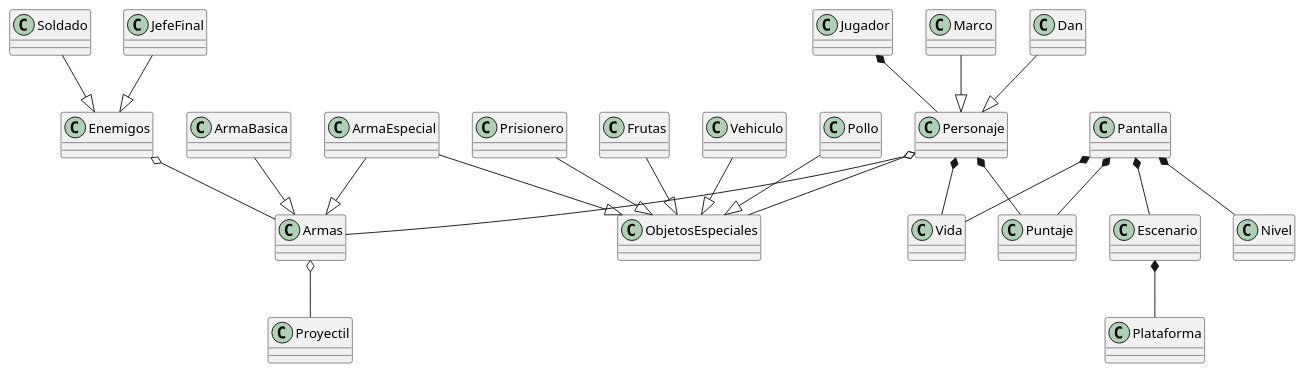
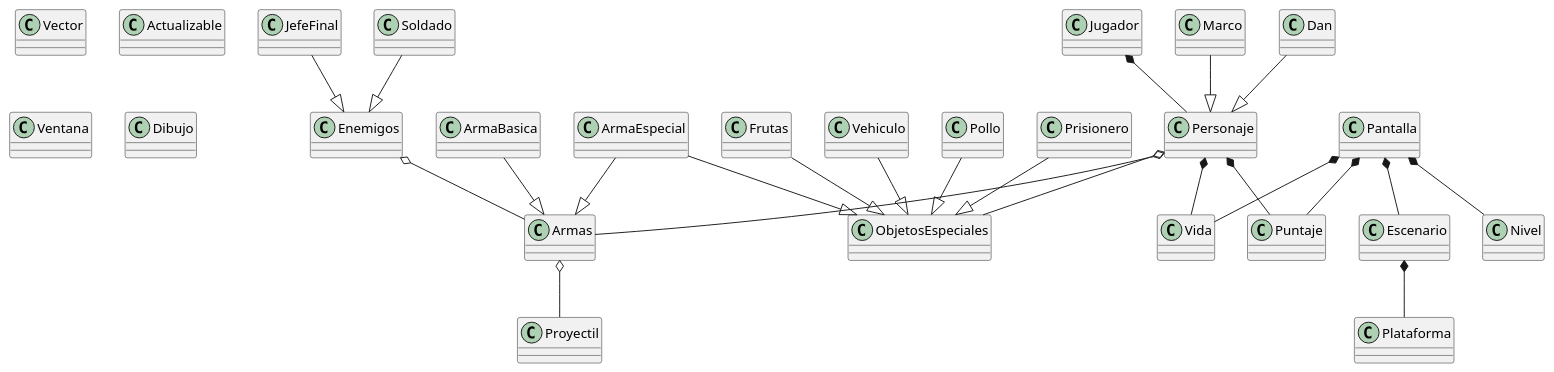
Before and after one commit to Gael2586/proyecto-MSG: the diagram in docs/diagrama de Metal Slug Gael Silva (1).puml, drawn with PlantUML. The commit also changed 13 other files, not shown here.

```diff
--- a/docs/diagrama de Metal Slug Gael Silva (1).puml
+++ b/docs/diagrama de Metal Slug Gael Silva (1).puml
@@ -1,47 +1,49 @@
 
 class Jugador
-class Personaje
-class Pantalla
+class Vector
+class Actualizable
+class Ventana
+class Dibujo
 class Escenario
 class Armas
 class ArmaBasica
 class ArmaEspecial
 class Vida
 Class Proyectil
 class Marco 
 class Dan 
 Class Puntaje 
 class ObjetosEspeciales
 class Vehiculo
 class Plataforma
 class Enemigos
 class Soldado
 class JefeFinal
 class Pollo 
 class Prisionero
 class Frutas 
 class Nivel 
 
 Jugador *-- Personaje
 Personaje o-- Armas 
 Personaje o-- ObjetosEspeciales 
 Enemigos o-- Armas
 Personaje *-- Puntaje
 Armas o-- Proyectil 
 Pantalla *-- Escenario 
 Escenario *-- Plataforma
 Pantalla *-- Vida 
 Pantalla *-- Puntaje 
 Pantalla *-- Nivel
 Personaje *-- Vida
 Marco --|> Personaje 
 Dan --|> Personaje 
 ArmaBasica --|> Armas 
 ArmaEspecial --|> Armas 
 Soldado --|> Enemigos 
 JefeFinal --|> Enemigos 
 Prisionero --|> ObjetosEspeciales 
 Pollo --|> ObjetosEspeciales 
 Frutas --|> ObjetosEspeciales 
 Vehiculo --|> ObjetosEspeciales 
 ArmaEspecial --|> ObjetosEspeciales 
```
